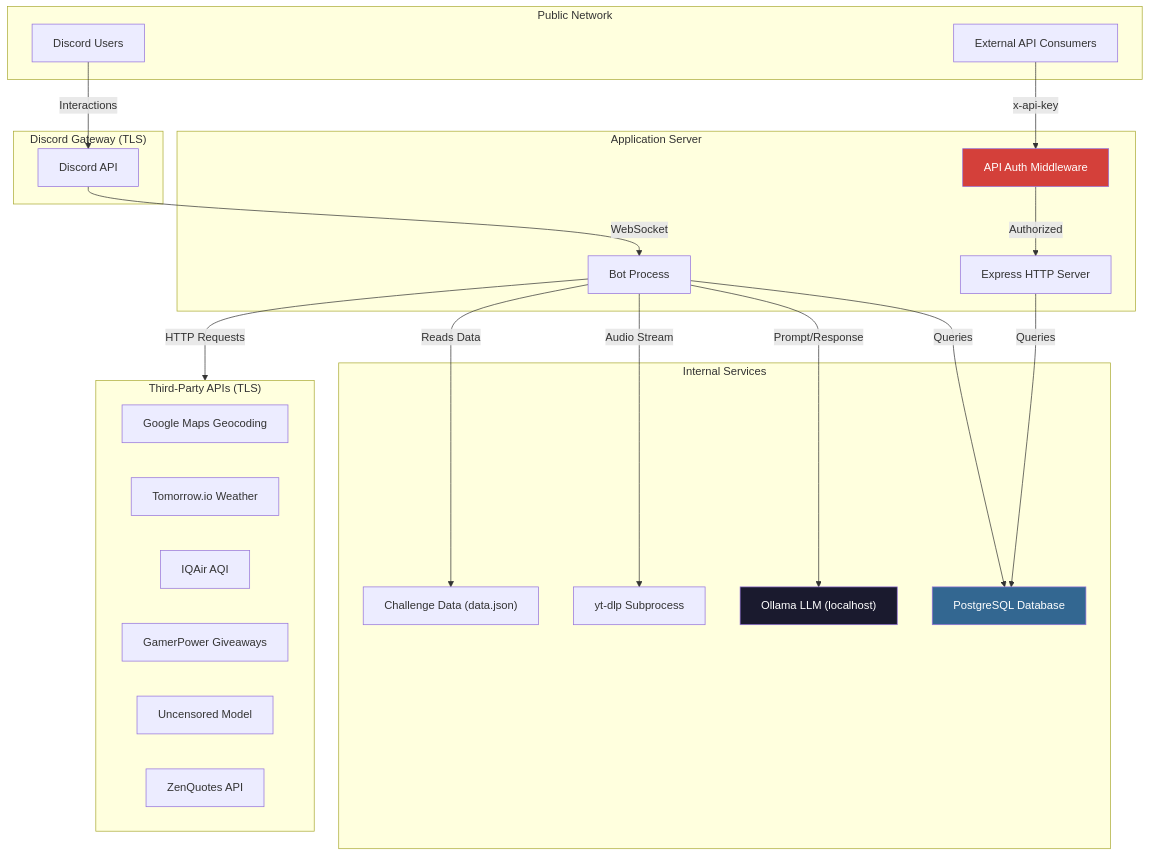
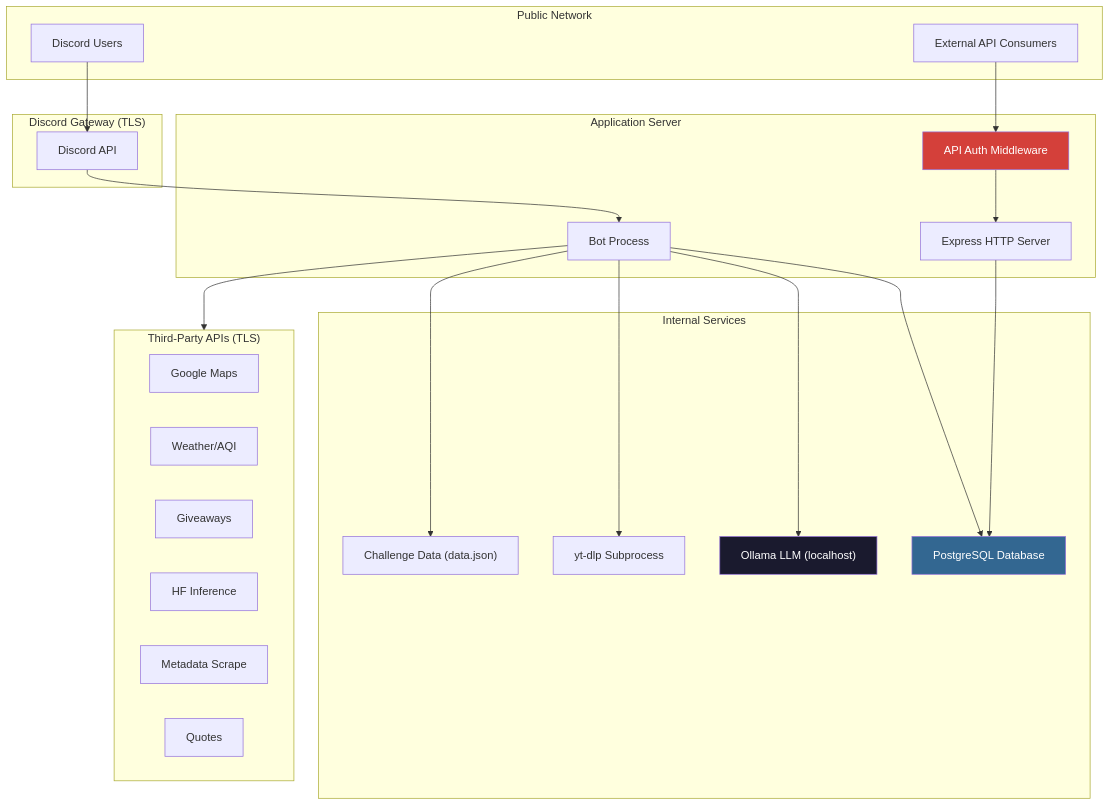
The first of 3 diagrams in SECURITY.md (ranveerminhas0/nxtgencore), drawn with Mermaid before and after one commit. The commit also changed other lines of this file and 1 other file, not shown here.

Commit message:
docs: updated docs to current flow (#35)

````diff
--- a/SECURITY.md
+++ b/SECURITY.md
@@ -11,49 +11,49 @@
 ```mermaid
-graph TB
+graph TD
     subgraph Public["Public Network"]
         U["Discord Users"]
         EXT["External API Consumers"]
     end
 
     subgraph Discord["Discord Gateway (TLS)"]
         API["Discord API"]
     end
 
     subgraph Server["Application Server"]
         BOT["Bot Process"]
         EXPRESS["Express HTTP Server"]
         AUTH["API Auth Middleware"]
     end
 
     subgraph Internal["Internal Services"]
         DB["PostgreSQL Database"]
-        AI["Ollama LLM (localhost)"]
+        AI_LOCAL["Ollama LLM (localhost)"]
         YTDLP["yt-dlp Subprocess"]
         JSON["Challenge Data (data.json)"]
     end
 
     subgraph ThirdParty["Third-Party APIs (TLS)"]
-        GOOGLE["Google Maps Geocoding"]
-        WEATHER["Tomorrow.io Weather"]
-        IQAIR["IQAir AQI"]
-        GAMER["GamerPower Giveaways"]
-        HF["Uncensored Model"]
-        ZEN["ZenQuotes API"]
+        GOOGLE["Google Maps"]
+        WEATHER["Weather/AQI"]
+        GAMER["Giveaways"]
+        HF["HF Inference"]
+        SCRAPE["Metadata Scrape"]
+        ZEN["Quotes"]
     end
 
-    U -->|Interactions| API
-    API -->|WebSocket| BOT
-    BOT -->|Queries| DB
-    BOT -->|Prompt/Response| AI
-    BOT -->|Audio Stream| YTDLP
-    BOT -->|Reads Data| JSON
-    BOT -->|HTTP Requests| ThirdParty
+    U --> API
+    API --> BOT
+    BOT --> DB
+    BOT --> AI_LOCAL
+    BOT --> YTDLP
+    BOT --> JSON
+    BOT --> ThirdParty
 
-    EXT -->|x-api-key| AUTH
-    AUTH -->|Authorized| EXPRESS
-    EXPRESS -->|Queries| DB
+    EXT --> AUTH
+    AUTH --> EXPRESS
+    EXPRESS --> DB
 
     style AUTH fill:#d4403a,color:#fff
     style DB fill:#336791,color:#fff
-    style AI fill:#1a1a2e,color:#fff
+    style AI_LOCAL fill:#1a1a2e,color:#fff
 ```
````
